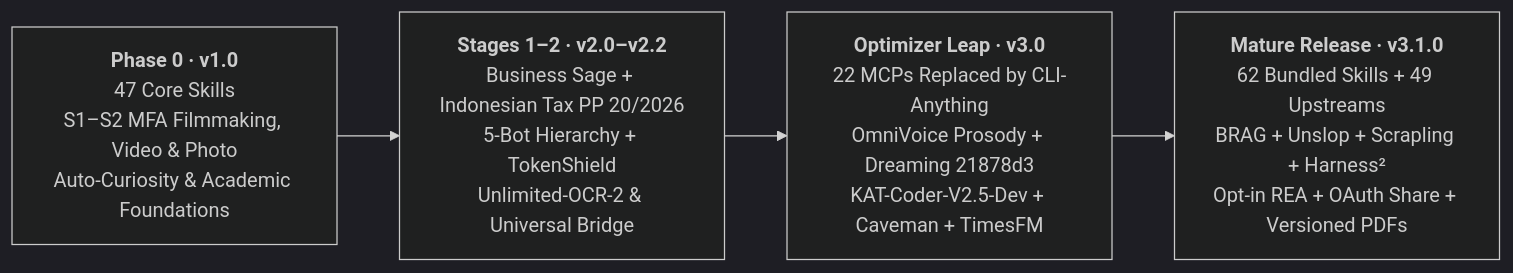
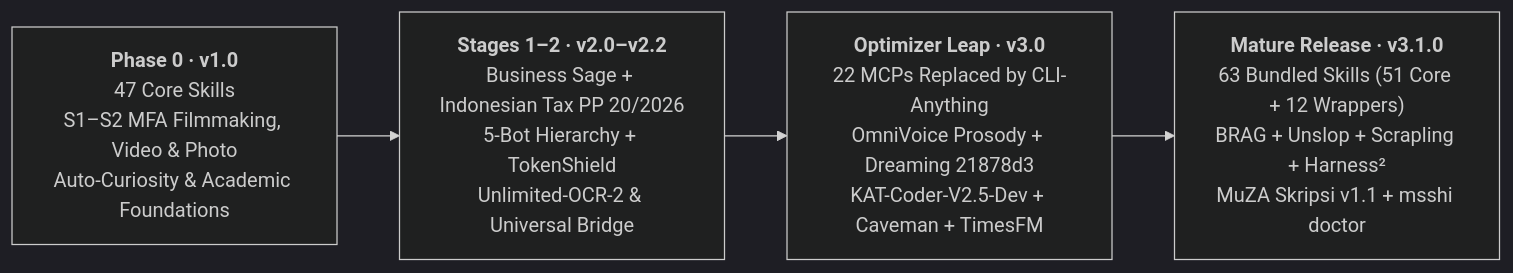
One commit to zidanaisar624/MSSHI-Mega-Semar-Sang-Hyang-Ismaya changed the second of 2 diagrams in README_EN.md. Above: the diagram before and after it, drawn with Mermaid (dark theme). The commit also changed other lines of this file and 49 other files, not shown here.

Commit message:
feat(v3.1.0): integrate MuZA Skripsi Starter v1.1 (skill #63), drag-and-drop CLI, doctor, notebooks, visuals & updated README

````diff
--- a/README_EN.md
+++ b/README_EN.md
@@ -53,6 +76,6 @@
 ```mermaid
 flowchart LR
     V1["<b>Phase 0 · v1.0</b><br/>47 Core Skills<br/>S1–S2 MFA Filmmaking, Video &amp; Photo<br/>Auto-Curiosity &amp; Academic Foundations"] --> V2["<b>Stages 1–2 · v2.0–v2.2</b><br/>Business Sage + Indonesian Tax PP 20/2026<br/>5-Bot Hierarchy + TokenShield<br/>Unlimited-OCR-2 &amp; Universal Bridge"]
     V2 --> V3["<b>Optimizer Leap · v3.0</b><br/>22 MCPs Replaced by CLI-Anything<br/>OmniVoice Prosody + Dreaming 21878d3<br/>KAT-Coder-V2.5-Dev + Caveman + TimesFM"]
-    V3 --> V31["<b>Mature Release · v3.1.0</b><br/>62 Bundled Skills + 49 Upstreams<br/>BRAG + Unslop + Scrapling + Harness²<br/>Opt-in REA + OAuth Share + Versioned PDFs"]
+    V3 --> V31["<b>Mature Release · v3.1.0</b><br/>63 Bundled Skills (51 Core + 12 Wrappers)<br/>BRAG + Unslop + Scrapling + Harness²<br/>MuZA Skripsi v1.1 + msshi doctor"]
 ```
````
